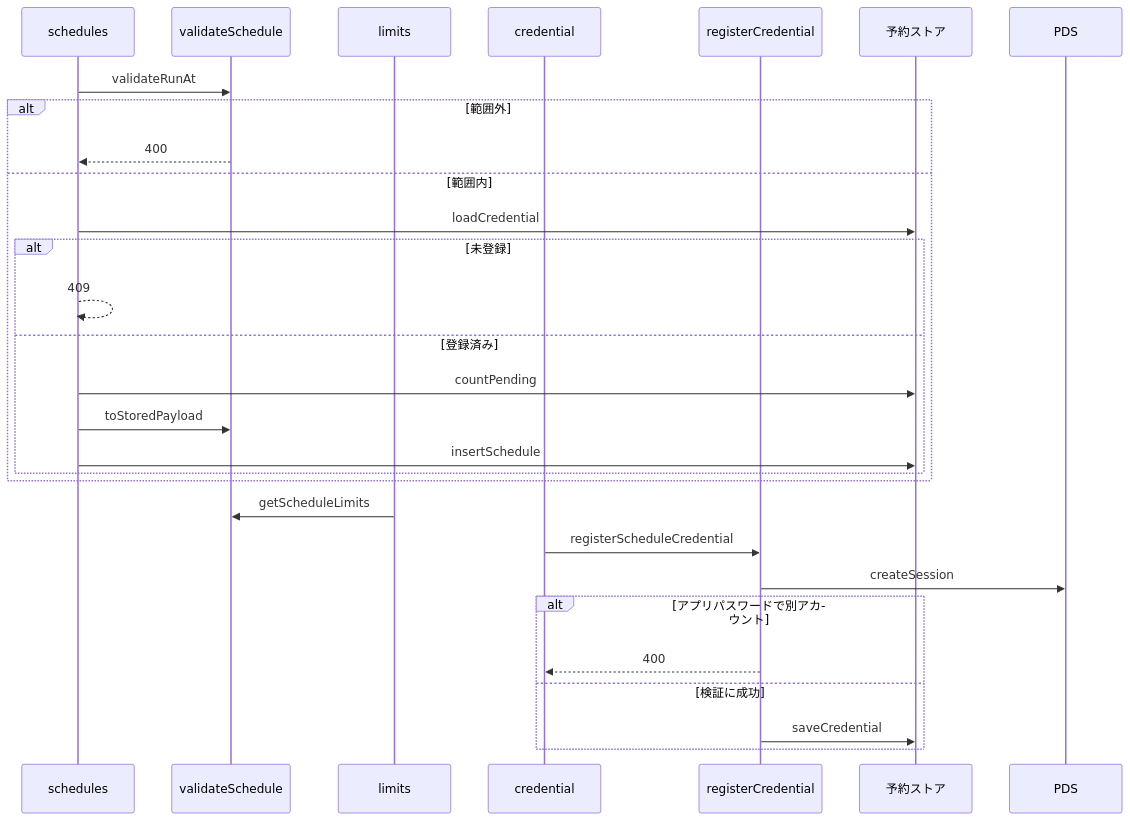
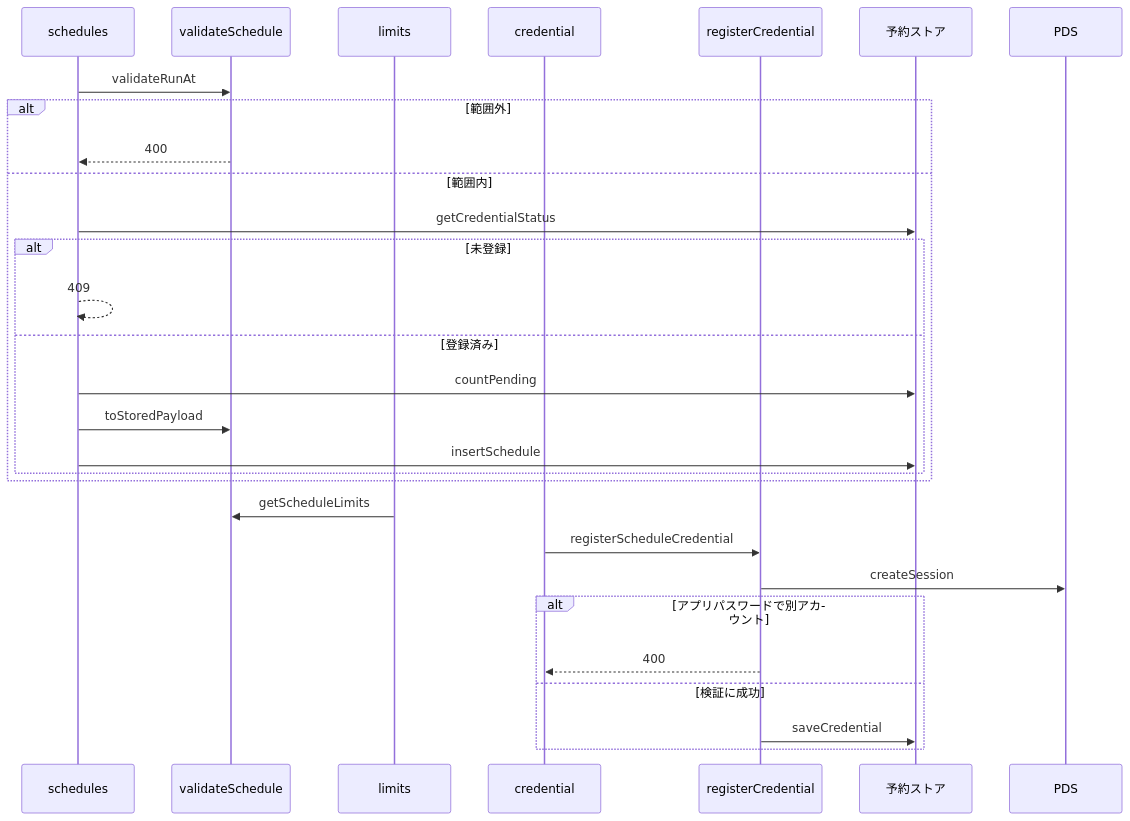
The second of 2 diagrams in specs/schedule-api/design.md (nekono-dev/skyshare), drawn with Mermaid before and after one commit. The commit also changed other lines of this file and 29 other files, not shown here.

````diff
--- a/specs/schedule-api/design.md
+++ b/specs/schedule-api/design.md
@@ -45,31 +55,31 @@
 ```mermaid
 sequenceDiagram
   participant schedules
   participant validateSchedule
   participant limits
   participant credential
   participant registerCredential
   participant ext_store as 予約ストア
   participant ext_pds as PDS
   schedules->>validateSchedule: validateRunAt
   alt 範囲外
     validateSchedule-->>schedules: 400
   else 範囲内
-    schedules->>ext_store: loadCredential
+    schedules->>ext_store: getCredentialStatus
     alt 未登録
       schedules-->>schedules: 409
     else 登録済み
       schedules->>ext_store: countPending
       schedules->>validateSchedule: toStoredPayload
       schedules->>ext_store: insertSchedule
     end
   end
   limits->>validateSchedule: getScheduleLimits
   credential->>registerCredential: registerScheduleCredential
   registerCredential->>ext_pds: createSession
   alt アプリパスワードで別アカウント
     registerCredential-->>credential: 400
   else 検証に成功
     registerCredential->>ext_store: saveCredential
   end
 ```
````
